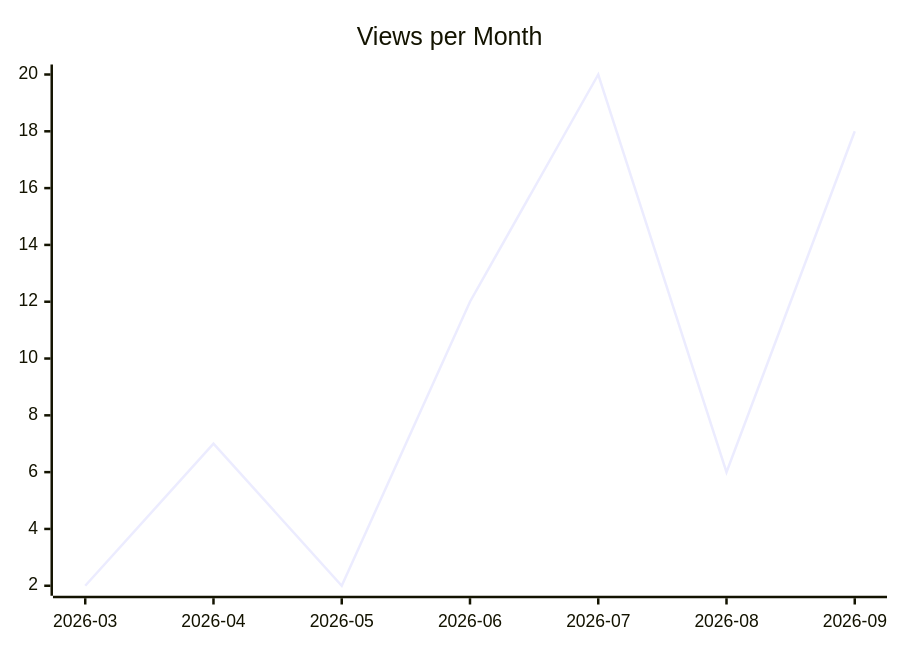
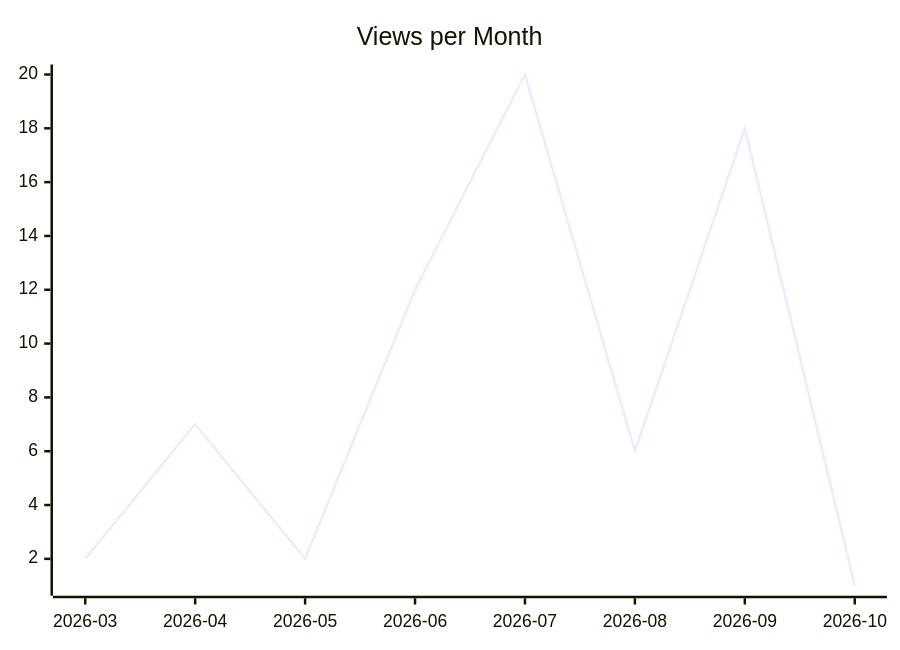
One commit to justdavis-family/github-analytics-data changed the second of 3 diagrams in karlmdavis/fhir-benchmarks/README.md. Above: the diagram before and after it, drawn with Mermaid. The commit also changed other lines of this file and 202 other files, not shown here.

````diff
--- a/karlmdavis/fhir-benchmarks/README.md
+++ b/karlmdavis/fhir-benchmarks/README.md
@@ -12,6 +12,6 @@
 ```mermaid
 xychart-beta
   title "Views per Month"
-  x-axis ["2026-03", "2026-04", "2026-05", "2026-06", "2026-07", "2026-08", "2026-09"]
-  line [2, 7, 2, 12, 20, 6, 18]
+  x-axis ["2026-03", "2026-04", "2026-05", "2026-06", "2026-07", "2026-08", "2026-09", "2026-10"]
+  line [2, 7, 2, 12, 20, 6, 18, 1]
 ```
````
